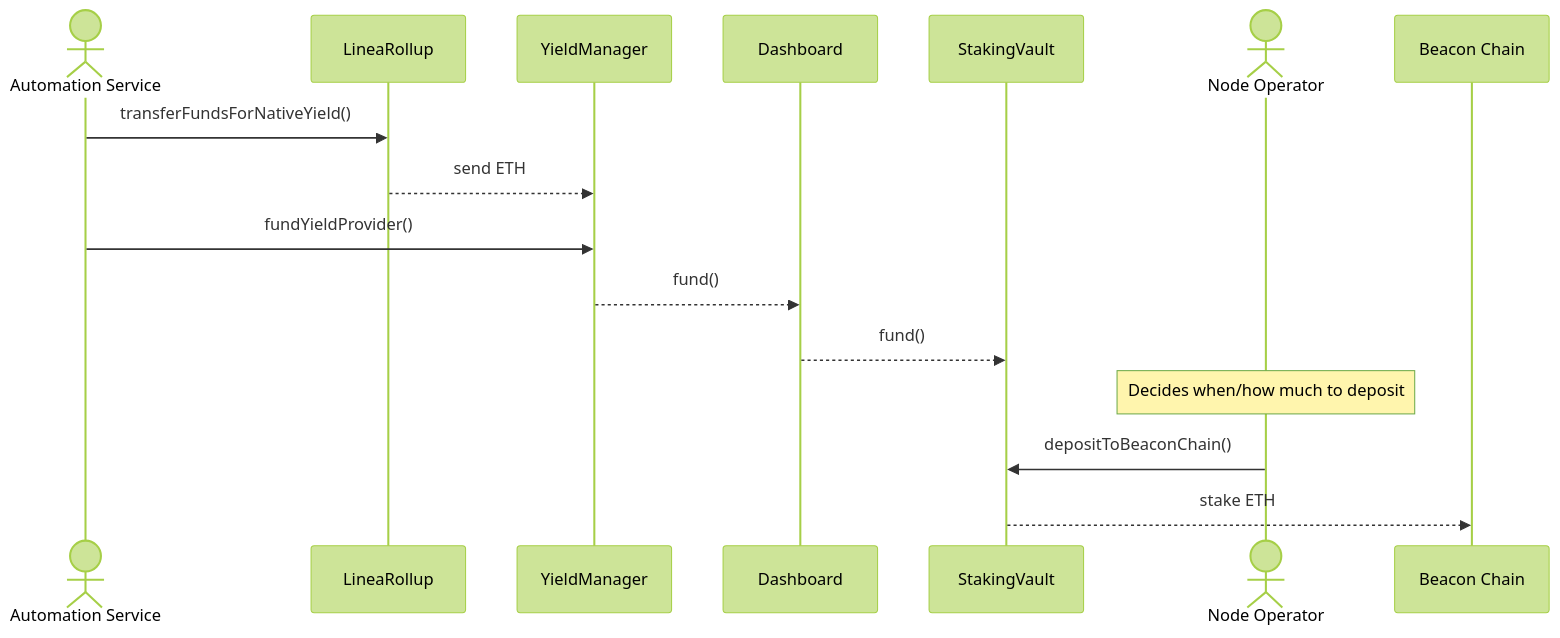
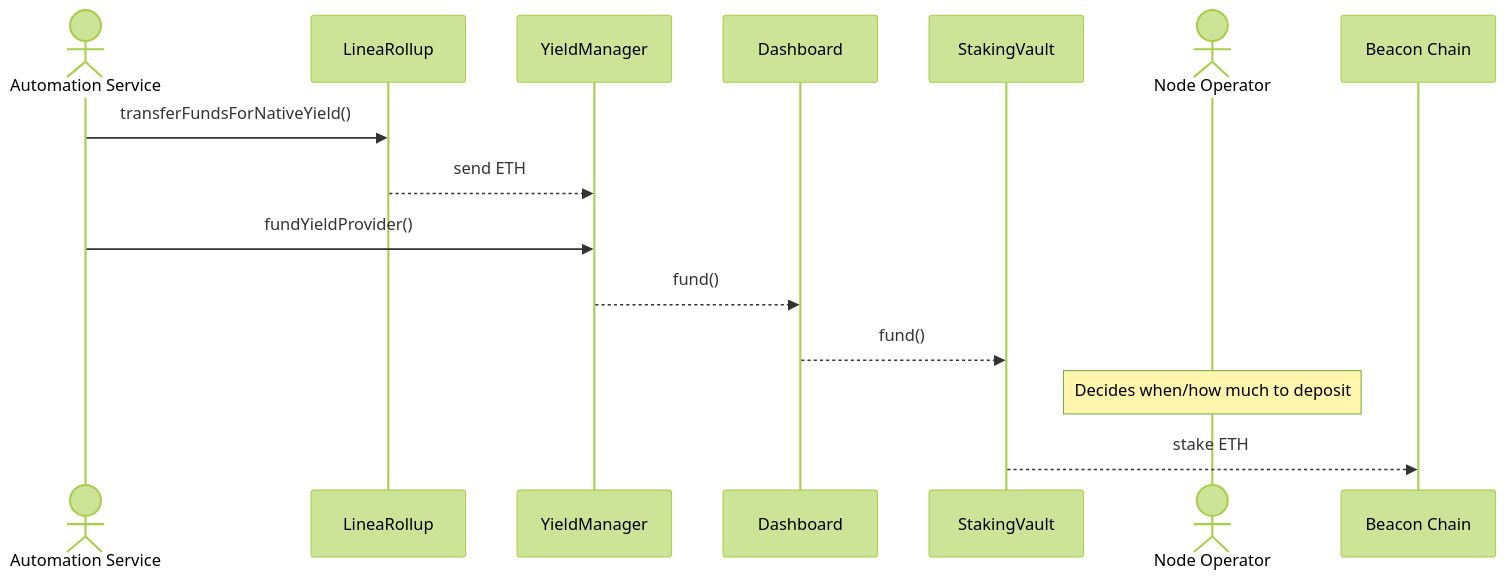
One commit to Consensys/linea-monorepo changed the third of 8 diagrams in docs/yield-boost-fund-flow.md. Above: the diagram before and after it, drawn with Mermaid (forest theme). The commit also changed other lines of this file, not shown here.

First line of the commit message:
docs: improve clarity of fund flow documentation

````diff
--- a/docs/yield-boost-fund-flow.md
+++ b/docs/yield-boost-fund-flow.md
@@ -85,19 +90,18 @@
 ```mermaid
 sequenceDiagram
     actor Auto as Automation Service
     participant LR as LineaRollup
     participant YM as YieldManager
     participant DB as Dashboard
     participant SV as StakingVault
     actor NO as Node Operator
     participant BC as Beacon Chain
 
     Auto->>LR: transferFundsForNativeYield()
     LR-->>YM: send ETH
     Auto->>YM: fundYieldProvider()
     YM-->>DB: fund()
     DB-->>SV: fund()
     Note over NO: Decides when/how much to deposit
-    NO->>SV: depositToBeaconChain()
     SV-->>BC: stake ETH
 ```
````
